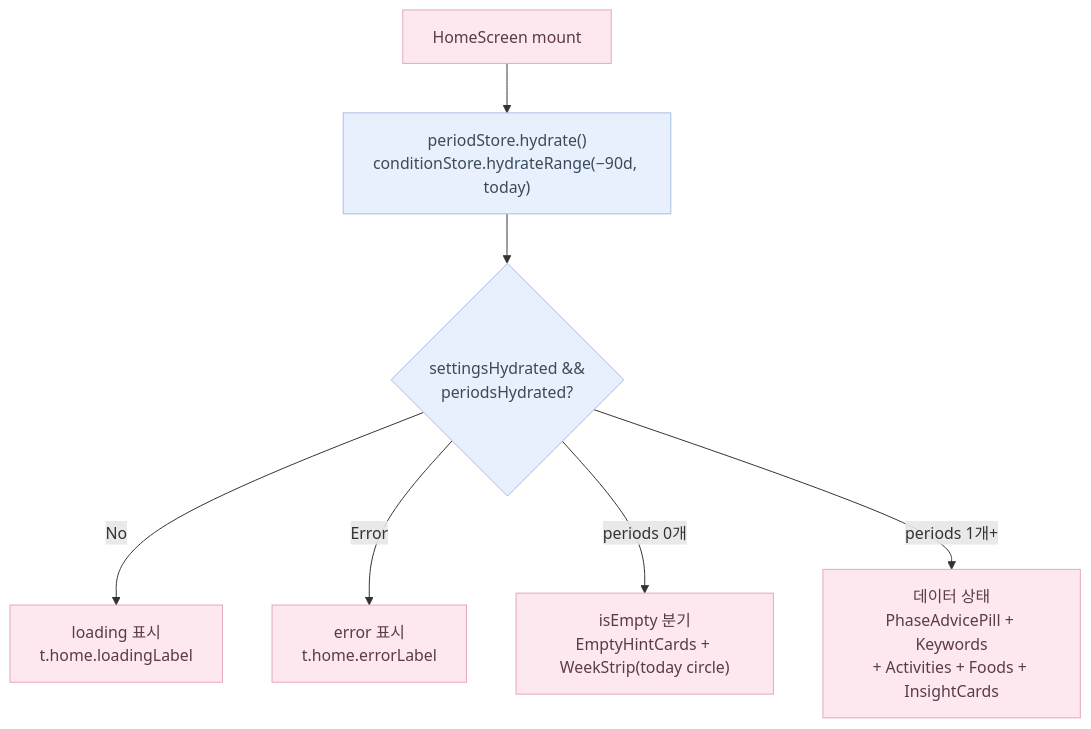
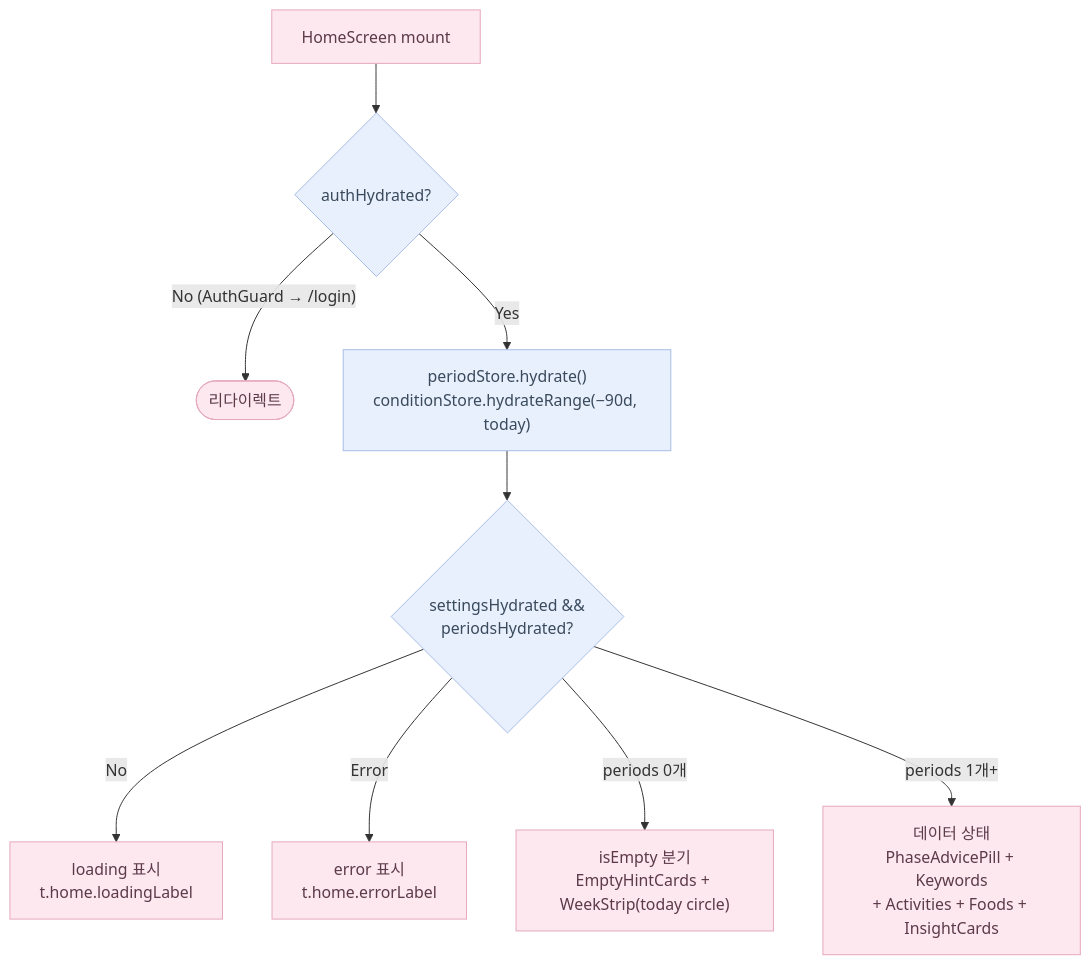
The second of 3 diagrams in docs/flows/home.md (soojjung/dwee-wellness-tracker), drawn with Mermaid before and after one commit. The commit also changed other lines of this file and 20 other files, not shown here.

First line of the commit message:
feat: login gate + period edit picker (#20)

````diff
--- a/docs/flows/home.md
+++ b/docs/flows/home.md
@@ -44,14 +41,16 @@
 ```mermaid
 flowchart TD
-    Mount["HomeScreen mount"] --> Hydrate["periodStore.hydrate()\nconditionStore.hydrateRange(−90d, today)"]
+    Mount["HomeScreen mount"] --> Auth{"authHydrated?"}
+    Auth -->|"No (AuthGuard → /login)"| Done2(["리다이렉트"])
+    Auth -->|"Yes"| Hydrate["periodStore.hydrate()\nconditionStore.hydrateRange(−90d, today)"]
     Hydrate --> Check{"settingsHydrated &&\nperiodsHydrated?"}
     Check -->|"No"| Loading["loading 표시\nt.home.loadingLabel"]
     Check -->|"Error"| Error["error 표시\nt.home.errorLabel"]
     Check -->|"periods 0개"| Empty["isEmpty 분기\nEmptyHintCards + WeekStrip(today circle)"]
     Check -->|"periods 1개+"| Normal["데이터 상태\nPhaseAdvicePill + Keywords\n+ Activities + Foods + InsightCards"]
 
     classDef ui fill:#FDE8EF,stroke:#E5A8BD,color:#5C3A4A;
     classDef logic fill:#E8F0FD,stroke:#A8BDE5,color:#3A4A5C;
-    class Mount,Loading,Error,Empty,Normal ui;
-    class Hydrate,Check logic;
+    class Mount,Loading,Error,Empty,Normal,Done2 ui;
+    class Auth,Hydrate,Check logic;
 ```
````
